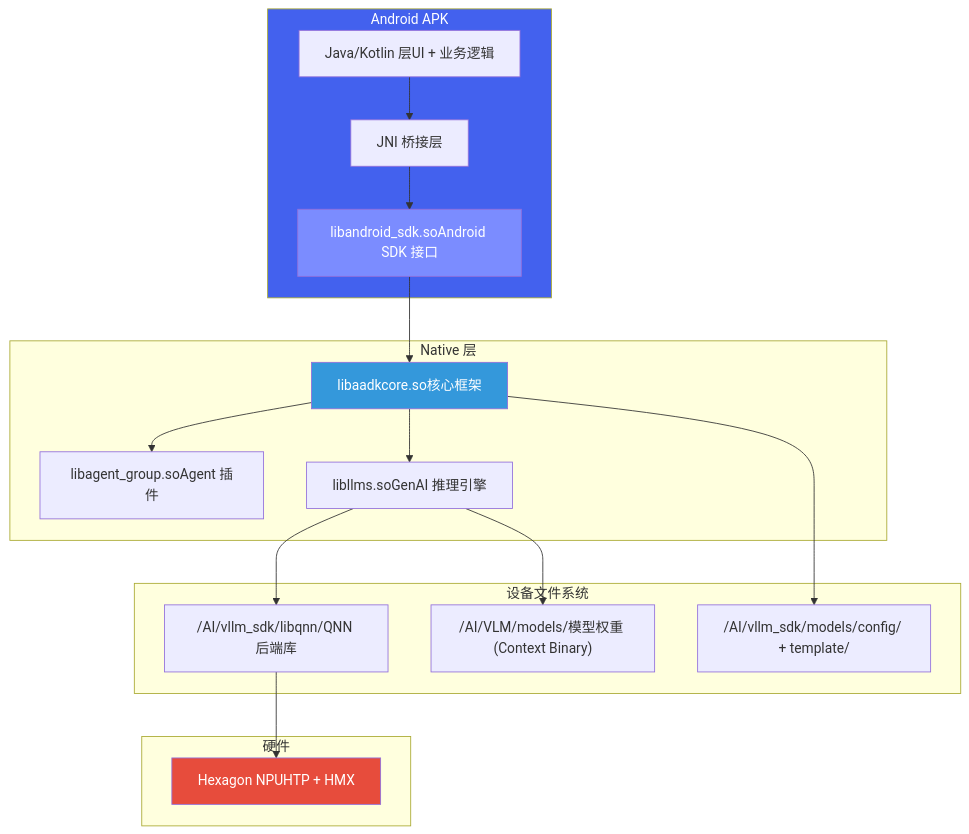
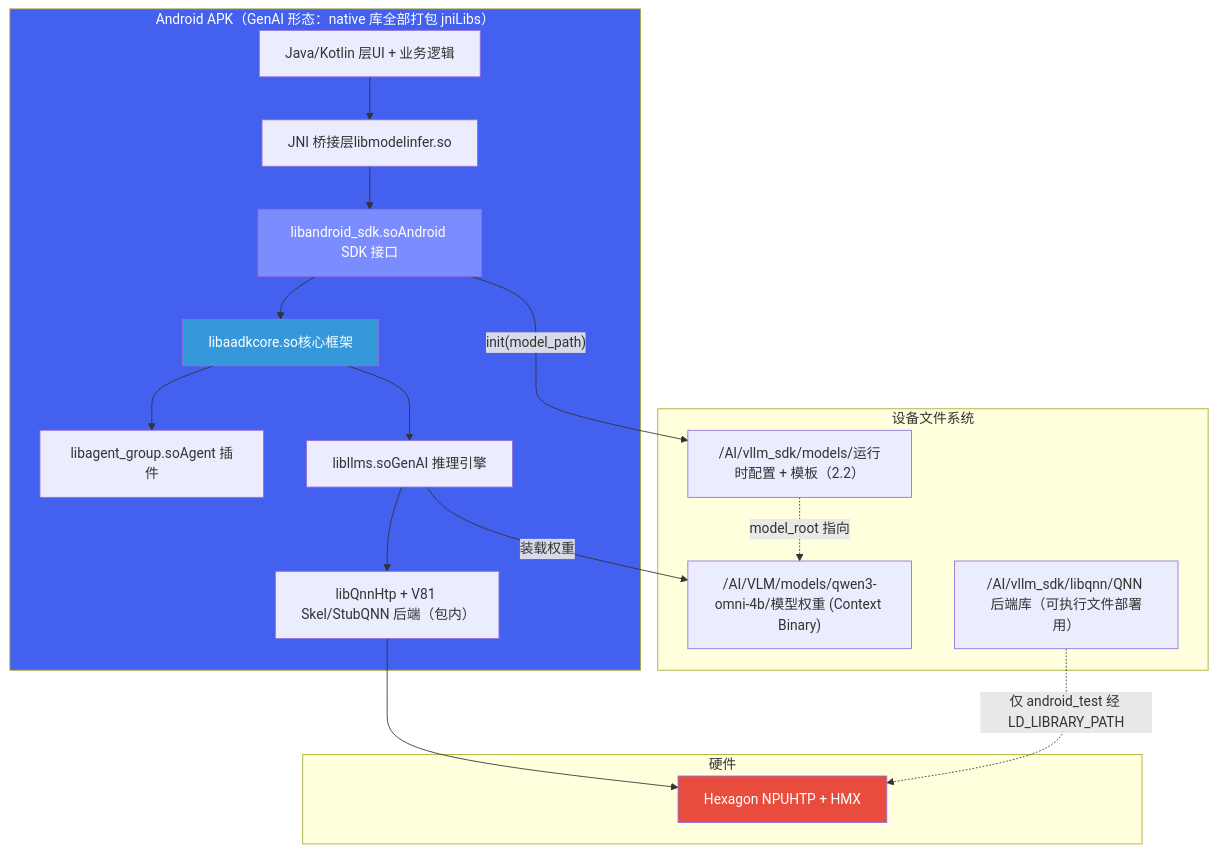
The diagram in cockpit/projects/lantu/device-deployment.md (ranpin/edge-ai-docs), drawn with Mermaid before and after one commit. The commit also changed other lines of this file and 10 other files, not shown here.

First line of the commit message:
refactor: 岚图项目层专家级修订（8→7 篇收敛 + 数据严谨性 + 车规内容充实）

````diff
--- a/cockpit/projects/lantu/device-deployment.md
+++ b/cockpit/projects/lantu/device-deployment.md
@@ -95,39 +163,36 @@
 ```mermaid
 flowchart TB
-    subgraph APK["Android APK"]
+    subgraph APK["Android APK（GenAI 形态：native 库全部打包 jniLibs）"]
         JAVA["Java/Kotlin 层UI + 业务逻辑"]
-        JNI["JNI 桥接层"]
+        JNI["JNI 桥接层libmodelinfer.so"]
         SDK["libandroid_sdk.soAndroid SDK 接口"]
-    end
-
-    subgraph Native["Native 层"]
         AADK["libaadkcore.so核心框架"]
         AG["libagent_group.soAgent 插件"]
         LLMS["libllms.soGenAI 推理引擎"]
+        QNNP["libQnnHtp + V81 Skel/StubQNN 后端（包内）"]
+        JAVA --> JNI --> SDK --> AADK
+        AADK --> AG
+        AADK --> LLMS --> QNNP
     end
 
     subgraph Device["设备文件系统"]
-        QNN_LIB["/AI/vllm_sdk/libqnn/QNN 后端库"]
-        MODELS["/AI/VLM/models/模型权重 (Context Binary)"]
-        CFG["/AI/vllm_sdk/models/config/ + template/"]
+        CFG["/AI/vllm_sdk/models/运行时配置 + 模板（2.2）"]
+        MODELS["/AI/VLM/models/qwen3-omni-4b/模型权重 (Context Binary)"]
+        QNN_LIB["/AI/vllm_sdk/libqnn/QNN 后端库（可执行文件部署用）"]
     end
 
     subgraph HW["硬件"]
         NPU["Hexagon NPUHTP + HMX"]
     end
 
-    JAVA --> JNI
-    JNI --> SDK
-    SDK --> AADK
-    AADK --> AG
-    AADK --> LLMS
-    LLMS --> QNN_LIB
-    QNN_LIB --> NPU
-    LLMS --> MODELS
-    AADK --> CFG
+    SDK -->|"init(model_path)"| CFG
+    CFG -.->|"model_root 指向"| MODELS
+    LLMS -->|"装载权重"| MODELS
+    QNNP --> NPU
+    QNN_LIB -.->|"仅 android_test 经 LD_LIBRARY_PATH"| NPU
 
     style APK fill:#4361ee,color:#fff
     style SDK fill:#7b8cff,color:#fff
     style AADK fill:#3498db,color:#fff
     style NPU fill:#e74c3c,color:#fff
 ```
````
